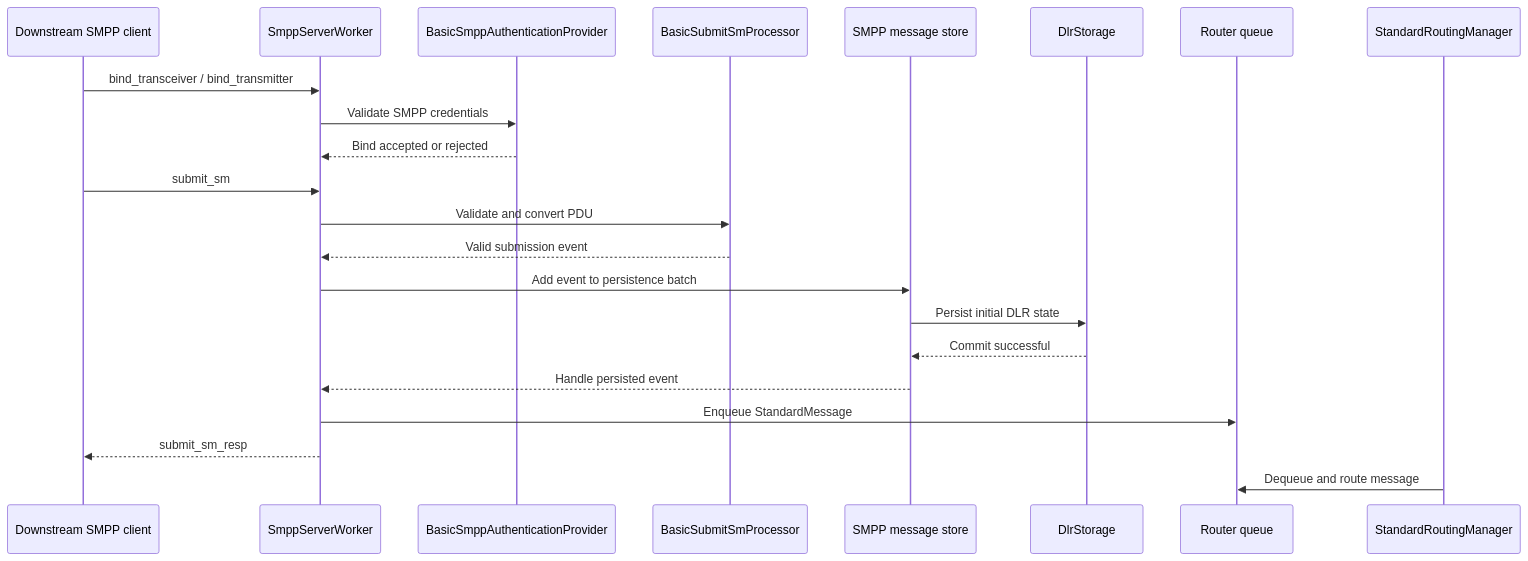
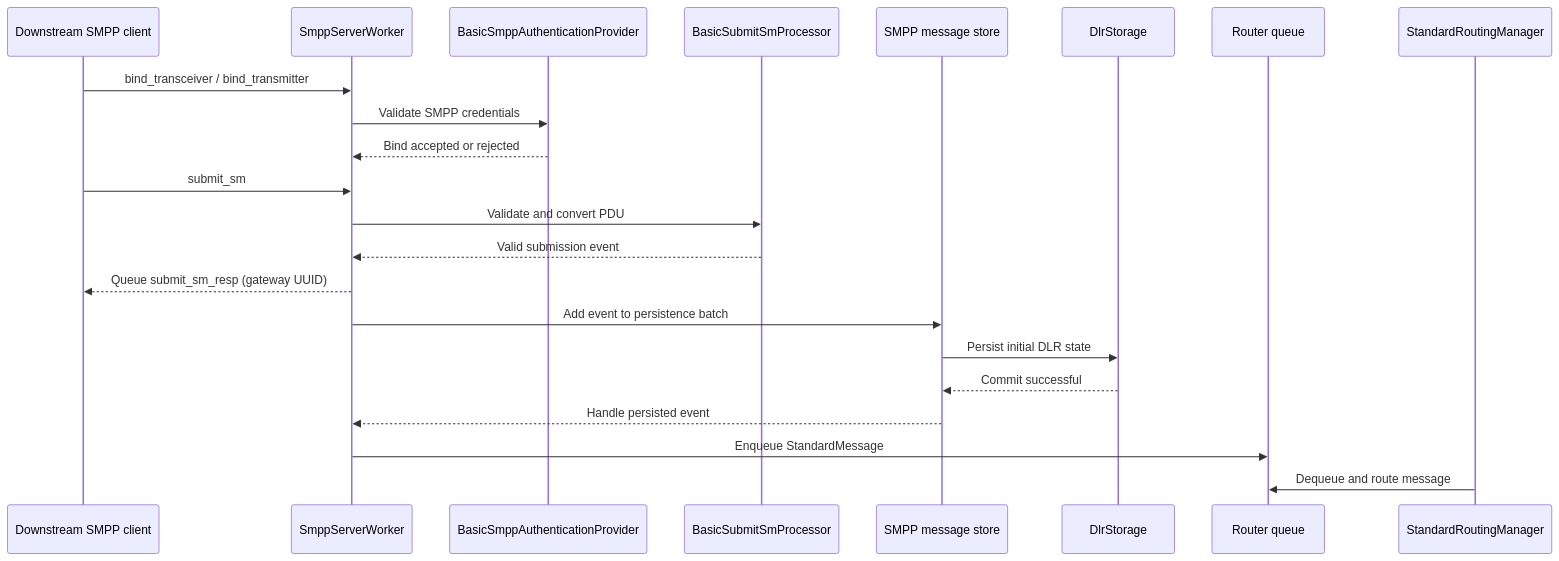
One commit to cytechmobile/sendium changed the fourth of 6 diagrams in docs/01-architecture.md. Above: the diagram before and after it, drawn with Mermaid. The commit also changed other lines of this file and 10 other files, not shown here.

````diff
--- a/docs/01-architecture.md
+++ b/docs/01-architecture.md
@@ -113,25 +113,25 @@
 ```mermaid
 sequenceDiagram
     participant Client as Downstream SMPP client
     participant Server as SmppServerWorker
     participant Auth as BasicSmppAuthenticationProvider
     participant Submit as BasicSubmitSmProcessor
     participant Store as SMPP message store
     participant DLR as DlrStorage
     participant Queue as Router queue
     participant Router as StandardRoutingManager
 
     Client->>Server: bind_transceiver / bind_transmitter
     Server->>Auth: Validate SMPP credentials
     Auth-->>Server: Bind accepted or rejected
     Client->>Server: submit_sm
     Server->>Submit: Validate and convert PDU
     Submit-->>Server: Valid submission event
+    Server-->>Client: Queue submit_sm_resp (gateway UUID)
     Server->>Store: Add event to persistence batch
     Store->>DLR: Persist initial DLR state
     DLR-->>Store: Commit successful
     Store-->>Server: Handle persisted event
     Server->>Queue: Enqueue StandardMessage
-    Server-->>Client: submit_sm_resp
     Router->>Queue: Dequeue and route message
 ```
````
